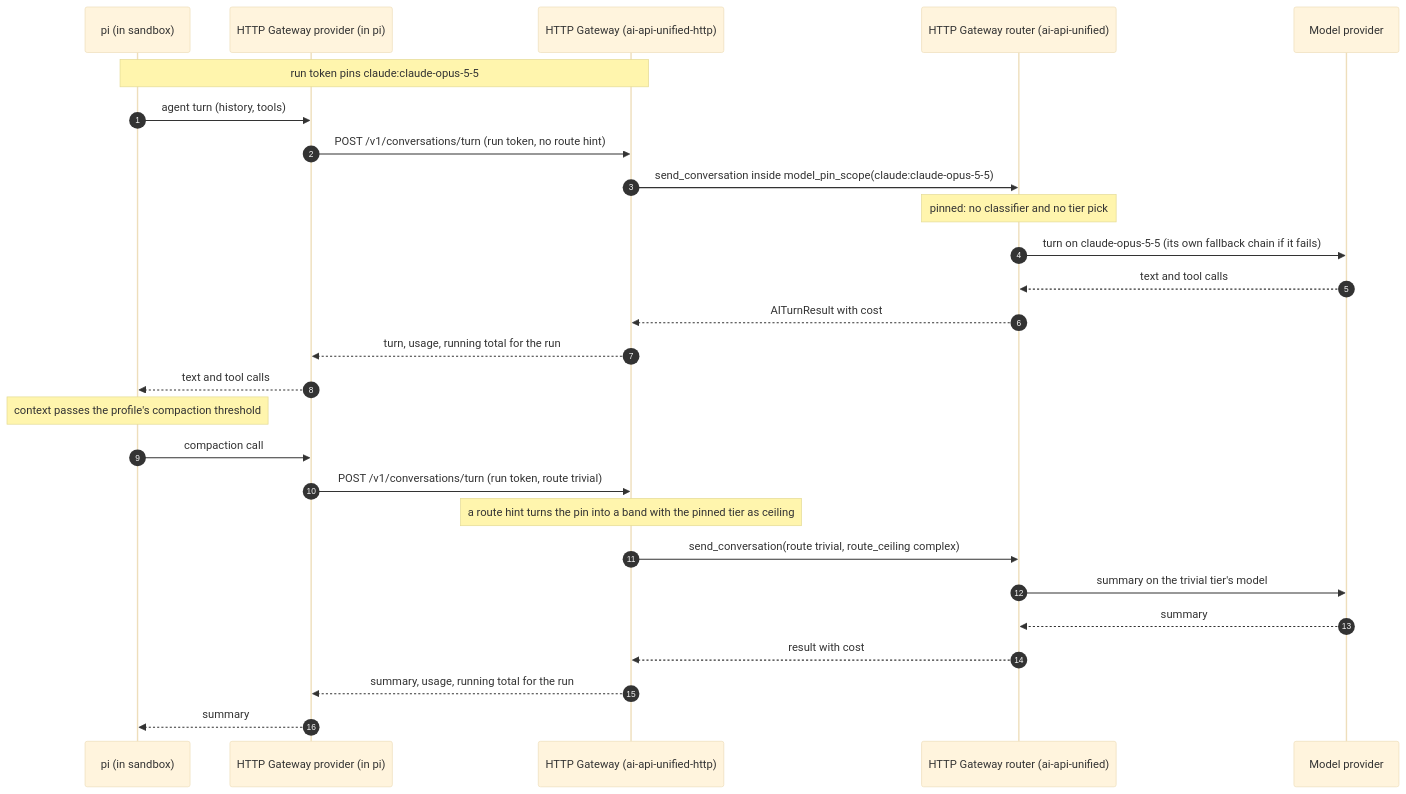
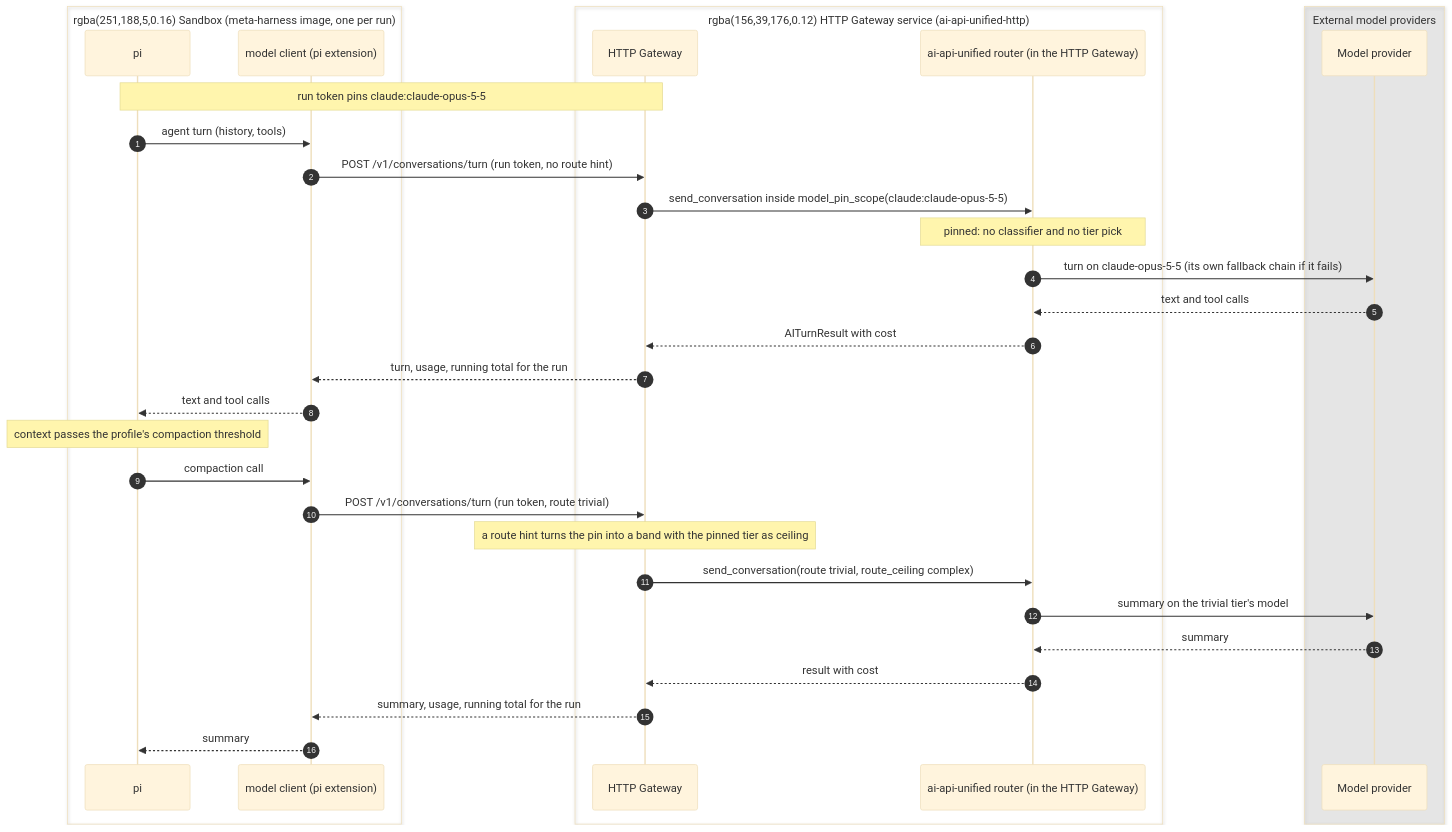
One commit to davecthomas/meta-harness changed the third of 12 diagrams in docs/technical-design.md. Above: the diagram before and after it, drawn with Mermaid (base theme). The commit also changed other lines of this file, not shown here.

First line of the commit message:
docs/design-cleanup-and-boundaries: plain prose, model client name, owner boxes in sequences

````diff
--- a/docs/technical-design.md
+++ b/docs/technical-design.md
@@ -381,30 +395,36 @@
 ```mermaid
 sequenceDiagram
     autonumber
-    participant PI as pi (in sandbox)
-    participant EX as HTTP Gateway provider (in pi)
-    participant GW as HTTP Gateway (ai-api-unified-http)
-    participant GR as HTTP Gateway router (ai-api-unified)
+    box rgba(251,188,5,0.16) Sandbox (meta-harness image, one per run)
+    participant PI as pi
+    participant EX as model client (pi extension)
+    end
+    box rgba(156,39,176,0.12) HTTP Gateway service (ai-api-unified-http)
+    participant GW as HTTP Gateway
+    participant GR as ai-api-unified router (in the HTTP Gateway)
+    end
+    box rgba(128,128,128,0.14) External model providers
     participant PV as Model provider
+    end
 
     Note over PI,GW: run token pins claude:claude-opus-5-5
     PI->>EX: agent turn (history, tools)
     EX->>GW: POST /v1/conversations/turn (run token, no route hint)
     GW->>GR: send_conversation inside model_pin_scope(claude:claude-opus-5-5)
     Note over GR: pinned: no classifier and no tier pick
     GR->>PV: turn on claude-opus-5-5 (its own fallback chain if it fails)
     PV-->>GR: text and tool calls
     GR-->>GW: AITurnResult with cost
     GW-->>EX: turn, usage, running total for the run
     EX-->>PI: text and tool calls
     Note over PI: context passes the profile's compaction threshold
     PI->>EX: compaction call
     EX->>GW: POST /v1/conversations/turn (run token, route trivial)
     Note over GW: a route hint turns the pin into a band with the pinned tier as ceiling
     GW->>GR: send_conversation(route trivial, route_ceiling complex)
     GR->>PV: summary on the trivial tier's model
     PV-->>GR: summary
     GR-->>GW: result with cost
     GW-->>EX: summary, usage, running total for the run
     EX-->>PI: summary
 ```
````
